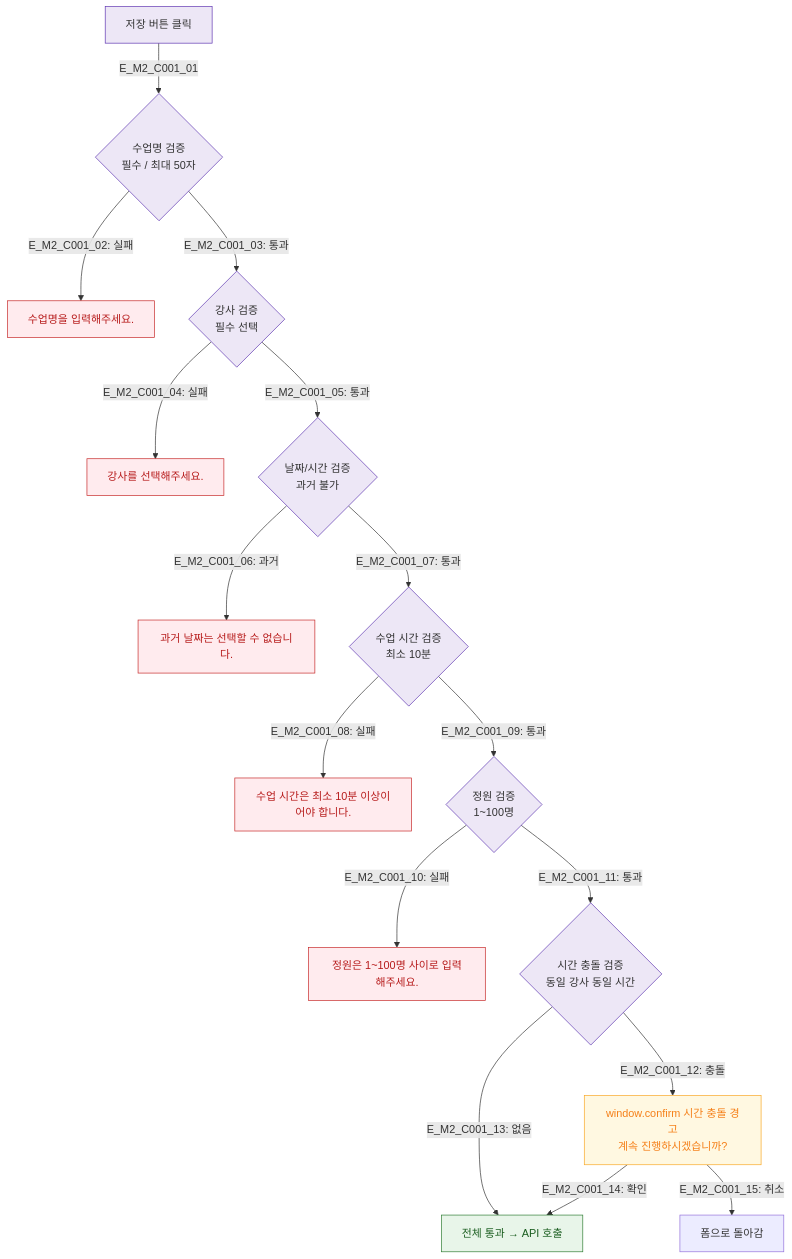
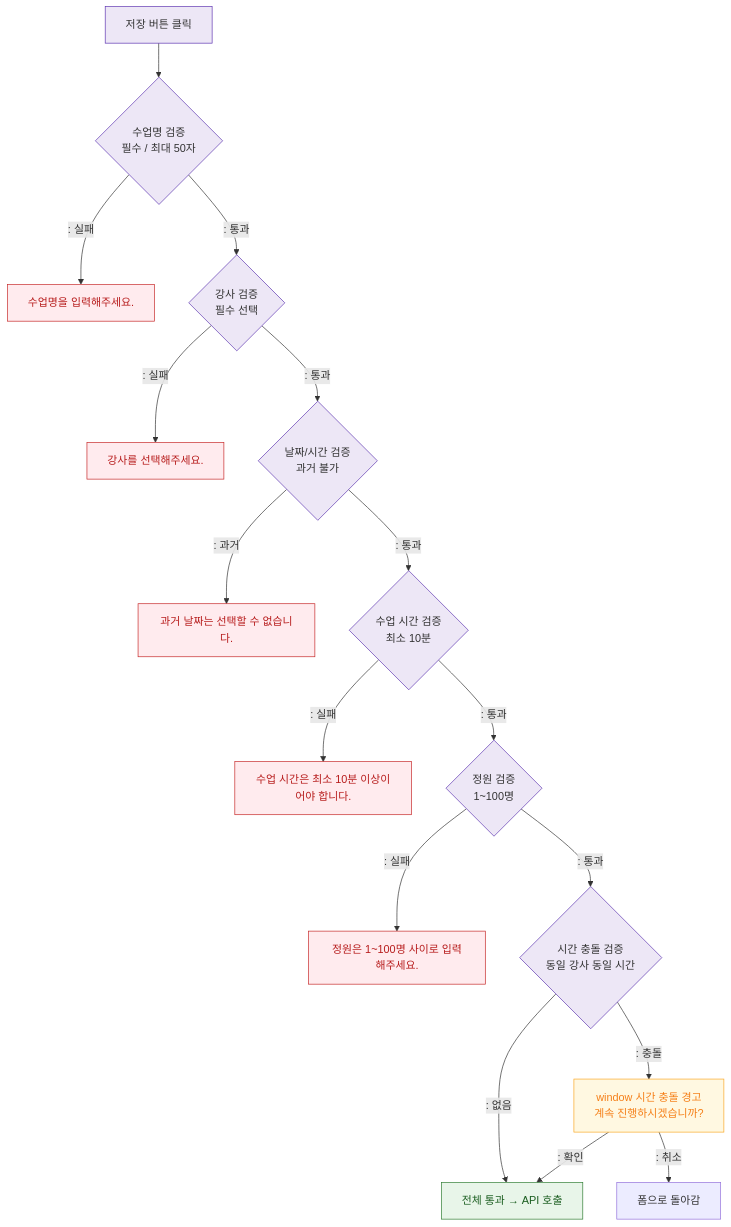
The diagram in docs/다이어그램/D04_수업관리/DLG/DLG-C001_수업등록수정_캘린더/M2_필드검증.md (dev-spogym/admin-pando), drawn with Mermaid before and after one commit. The commit also changed other lines of this file and 1660 other files, not shown here.

First line of the commit message:
다이어그램: 기획자/클라이언트 납품본으로 정리

````diff
--- a/docs/다이어그램/D04_수업관리/DLG/DLG-C001_수업등록수정_캘린더/M2_필드검증.md
+++ b/docs/다이어그램/D04_수업관리/DLG/DLG-C001_수업등록수정_캘린더/M2_필드검증.md
@@ -20,33 +18,33 @@
 ```mermaid
 flowchart TD
-  Submit[저장 버튼 클릭] -->|E_M2_C001_01| V_Title{수업명 검증\n필수 / 최대 50자}
-  V_Title -->|"E_M2_C001_02: 실패"| E_Title[수업명을 입력해주세요.]
-  V_Title -->|"E_M2_C001_03: 통과"| V_Instructor{강사 검증\n필수 선택}
+  Submit[저장 버튼 클릭] --> V_Title{수업명 검증\n필수 / 최대 50자}
+  V_Title -->|": 실패"|E_Title[수업명을 입력해주세요.]
+  V_Title -->|": 통과"|V_Instructor{강사 검증\n필수 선택}
 
-  V_Instructor -->|"E_M2_C001_04: 실패"| E_Instructor[강사를 선택해주세요.]
-  V_Instructor -->|"E_M2_C001_05: 통과"| V_Date{날짜/시간 검증\n과거 불가}
+  V_Instructor -->|": 실패"|E_Instructor[강사를 선택해주세요.]
+  V_Instructor -->|": 통과"|V_Date{날짜/시간 검증\n과거 불가}
 
-  V_Date -->|"E_M2_C001_06: 과거"| E_Date[과거 날짜는 선택할 수 없습니다.]
-  V_Date -->|"E_M2_C001_07: 통과"| V_Duration{수업 시간 검증\n최소 10분}
+  V_Date -->|": 과거"|E_Date[과거 날짜는 선택할 수 없습니다.]
+  V_Date -->|": 통과"|V_Duration{수업 시간 검증\n최소 10분}
 
-  V_Duration -->|"E_M2_C001_08: 실패"| E_Duration[수업 시간은 최소 10분 이상이어야 합니다.]
-  V_Duration -->|"E_M2_C001_09: 통과"| V_Capacity{정원 검증\n1~100명}
+  V_Duration -->|": 실패"|E_Duration[수업 시간은 최소 10분 이상이어야 합니다.]
+  V_Duration -->|": 통과"|V_Capacity{정원 검증\n1~100명}
 
-  V_Capacity -->|"E_M2_C001_10: 실패"| E_Capacity[정원은 1~100명 사이로 입력해주세요.]
-  V_Capacity -->|"E_M2_C001_11: 통과"| V_Conflict{시간 충돌 검증\n동일 강사 동일 시간}
+  V_Capacity -->|": 실패"|E_Capacity[정원은 1~100명 사이로 입력해주세요.]
+  V_Capacity -->|": 통과"|V_Conflict{시간 충돌 검증\n동일 강사 동일 시간}
 
-  V_Conflict -->|"E_M2_C001_12: 충돌"| E_Conflict[window.confirm 시간 충돌 경고\n계속 진행하시겠습니까?]
-  V_Conflict -->|"E_M2_C001_13: 없음"| AllPass[전체 통과 → API 호출]
-  E_Conflict -->|"E_M2_C001_14: 확인"| AllPass
-  E_Conflict -->|"E_M2_C001_15: 취소"| ReturnForm[폼으로 돌아감]
+  V_Conflict -->|": 충돌"|E_Conflict[window 시간 충돌 경고\n계속 진행하시겠습니까?]
+  V_Conflict -->|": 없음"|AllPass[전체 통과 → API 호출]
+  E_Conflict -->|": 확인"|AllPass
+  E_Conflict -->|": 취소"|ReturnForm[폼으로 돌아감]
 
   classDef system fill:#EDE7F6,stroke:#5E35B2
   classDef error fill:#FFEBEE,stroke:#C62828,color:#B71C1C
   classDef success fill:#E8F5E9,stroke:#2E7D32,color:#1B5E20
   classDef warning fill:#FFF8E1,stroke:#F9A825,color:#F57F17
   class Submit system
   class V_Title,V_Instructor,V_Date,V_Duration,V_Capacity,V_Conflict system
   class E_Title,E_Instructor,E_Date,E_Duration,E_Capacity error
   class E_Conflict warning
   class AllPass success
 ```
````
